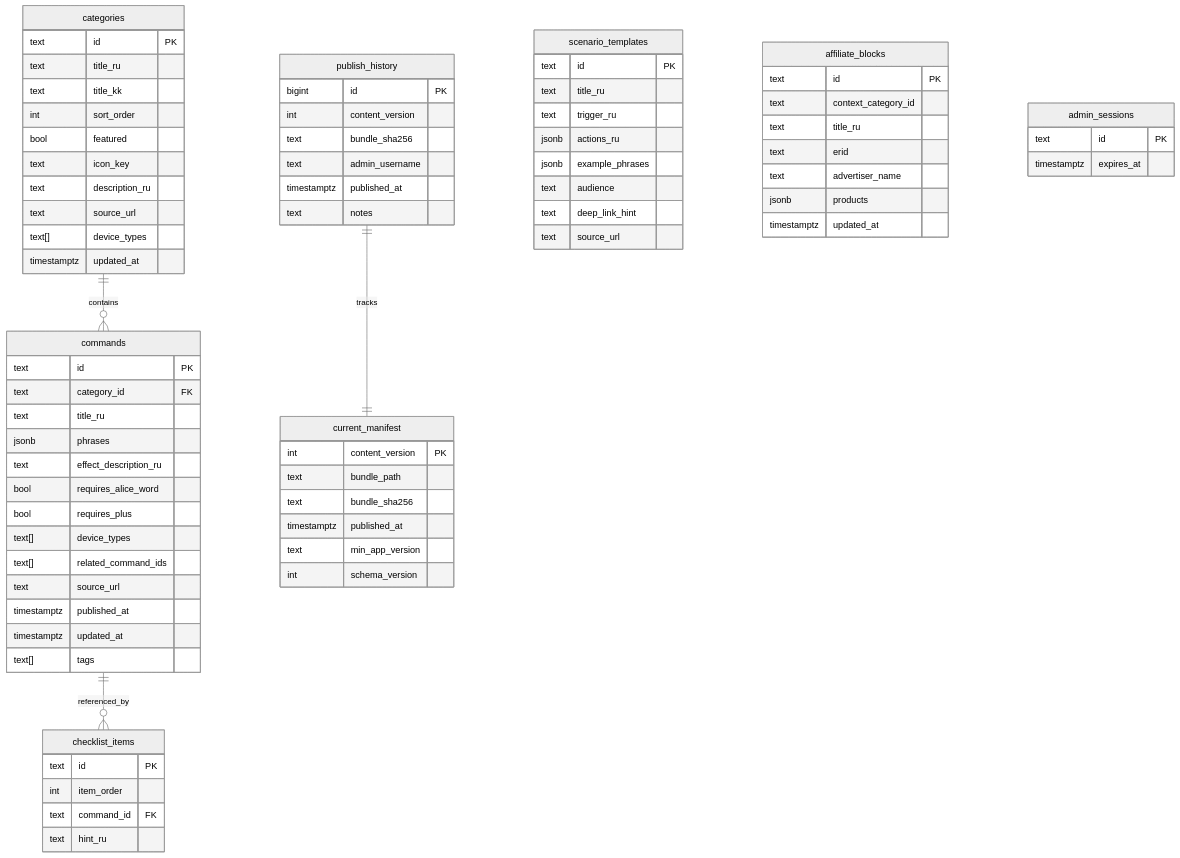
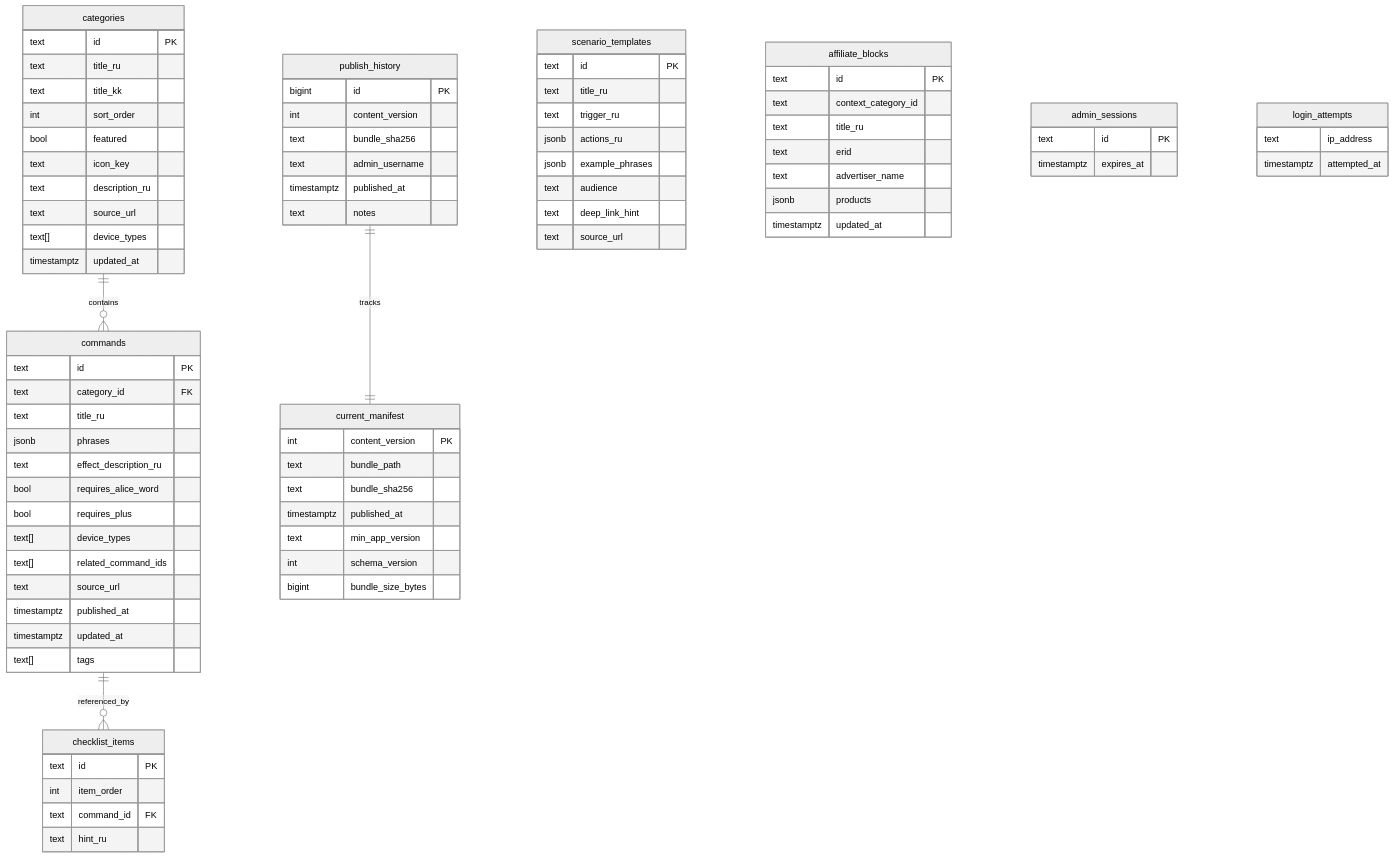
Before and after one commit to MironBano/alice-commands-api: the diagram in docs/DATABASE.md, drawn with Mermaid (neutral theme). The commit also changed other lines of this file and 85 other files, not shown here.

````diff
--- a/docs/DATABASE.md
+++ b/docs/DATABASE.md
@@ -84,6 +84,7 @@
     timestamptz published_at
     text min_app_version
     int schema_version
+    bigint bundle_size_bytes
   }
 
   publish_history {
@@ -99,4 +100,9 @@
     text id PK
     timestamptz expires_at
   }
+
+  login_attempts {
+    text ip_address
+    timestamptz attempted_at
+  }
 ```
````
